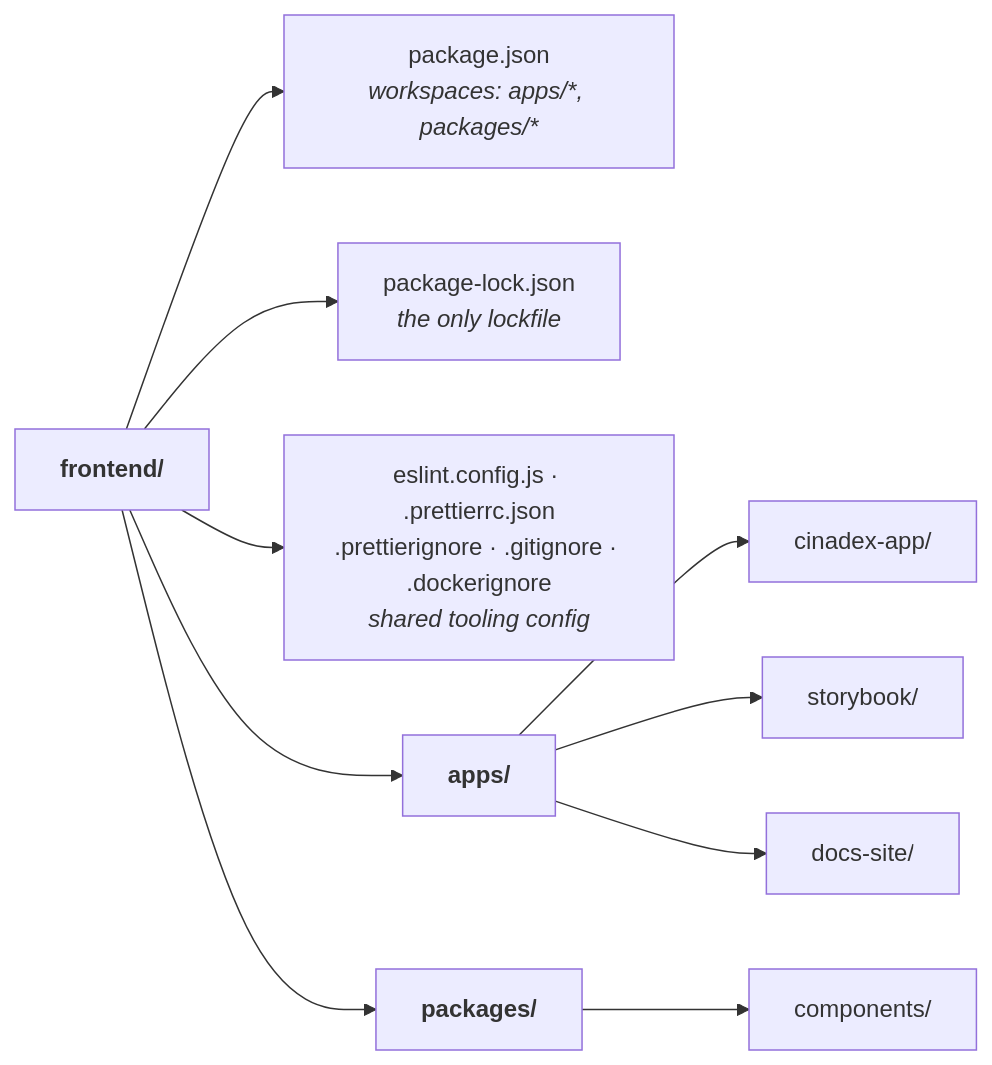
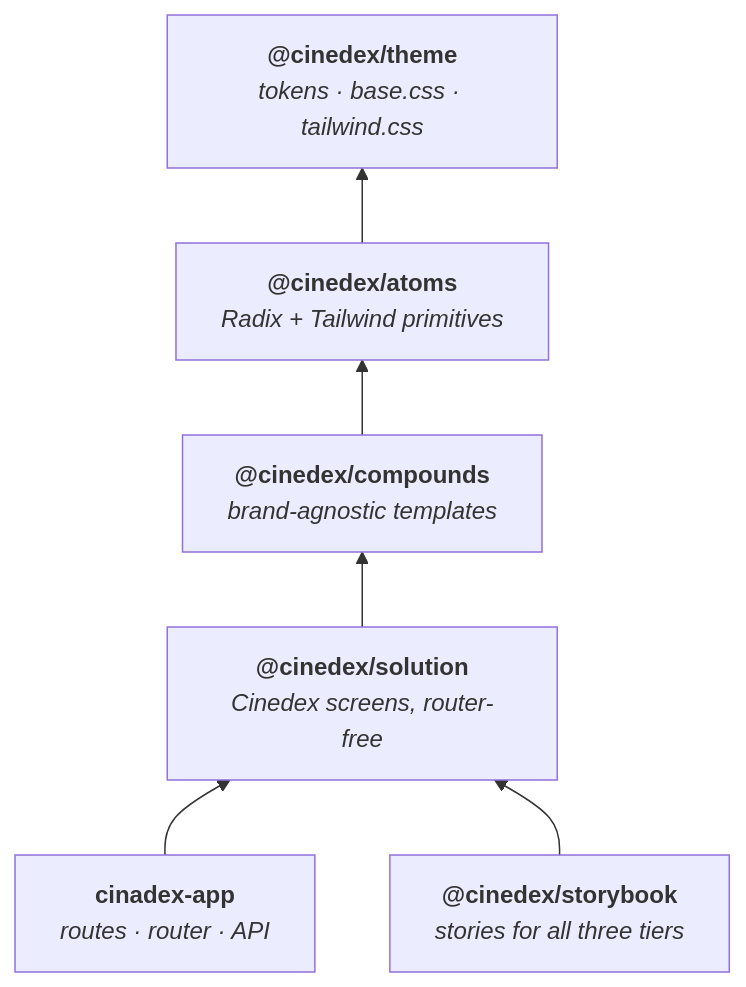
Before and after one commit to felipedferreira/Cinedex: the diagram in frontend/README.md, drawn with Mermaid. The commit also changed other lines of this file and 200 other files, not shown here.

Commit message:
refactor(frontend): split @cinedex/components into theme + atoms + compounds + solution (#58)

````diff
--- a/frontend/README.md
+++ b/frontend/README.md
@@ -11,16 +15,15 @@
 ```mermaid
-flowchart LR
-    FE["<b>frontend/</b>"]
+flowchart BT
+    THEME["<b>@cinedex/theme</b><br/><i>tokens · base.css · tailwind.css</i>"]
+    ATOMS["<b>@cinedex/atoms</b><br/><i>Radix + Tailwind primitives</i>"]
+    COMPOUNDS["<b>@cinedex/compounds</b><br/><i>brand-agnostic templates</i>"]
+    SOLUTION["<b>@cinedex/solution</b><br/><i>Cinedex screens, router-free</i>"]
+    APP["<b>cinadex-app</b><br/><i>routes · router · API</i>"]
+    SB["<b>@cinedex/storybook</b><br/><i>stories for all three tiers</i>"]
 
-    FE --> PKG["package.json<br/><i>workspaces: apps/*, packages/*</i>"]
-    FE --> LOCK["package-lock.json<br/><i>the only lockfile</i>"]
-    FE --> CFG["eslint.config.js · .prettierrc.json<br/>.prettierignore · .gitignore · .dockerignore<br/><i>shared tooling config</i>"]
-    FE --> APPS["<b>apps/</b>"]
-    FE --> PACKAGES["<b>packages/</b>"]
-
-    APPS --> A1["cinadex-app/"]
-    APPS --> A2["storybook/"]
-    APPS --> A3["docs-site/"]
-
-    PACKAGES --> C1["components/"]
+    ATOMS --> THEME
+    COMPOUNDS --> ATOMS
+    SOLUTION --> COMPOUNDS
+    APP --> SOLUTION
+    SB --> SOLUTION
 ```
````
